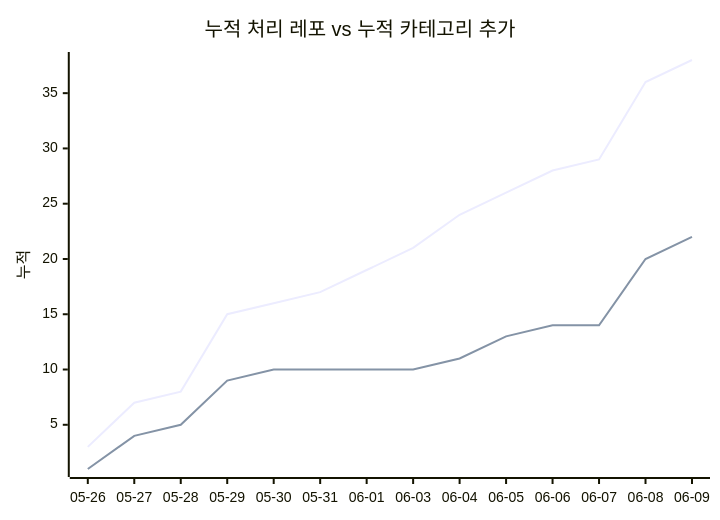
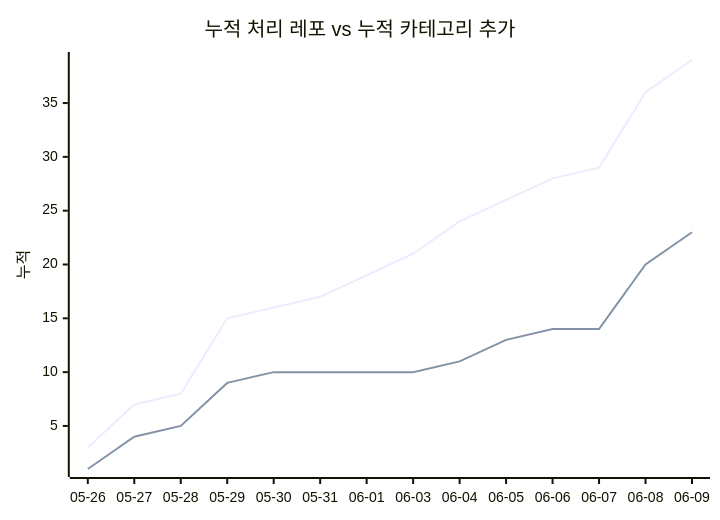
One commit to J-nowcow/awesome-korean-agent-skills changed the second of 2 diagrams in docs/trends.md. Above: the diagram before and after it, drawn with Mermaid. The commit also changed other lines of this file and 3 other files, not shown here.

````diff
--- a/docs/trends.md
+++ b/docs/trends.md
@@ -68,8 +68,8 @@
 ```mermaid
 xychart-beta
     title "누적 처리 레포 vs 누적 카테고리 추가"
     x-axis ["05-26","05-27","05-28","05-29","05-30","05-31","06-01","06-03","06-04","06-05","06-06","06-07","06-08","06-09"]
     y-axis "누적"
-    line [3,7,8,15,16,17,19,21,24,26,28,29,36,38]
-    line [1,4,5,9,10,10,10,10,11,13,14,14,20,22]
+    line [3,7,8,15,16,17,19,21,24,26,28,29,36,39]
+    line [1,4,5,9,10,10,10,10,11,13,14,14,20,23]
 ```
````
